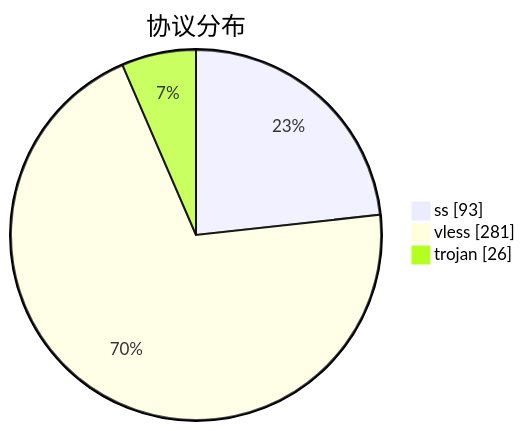
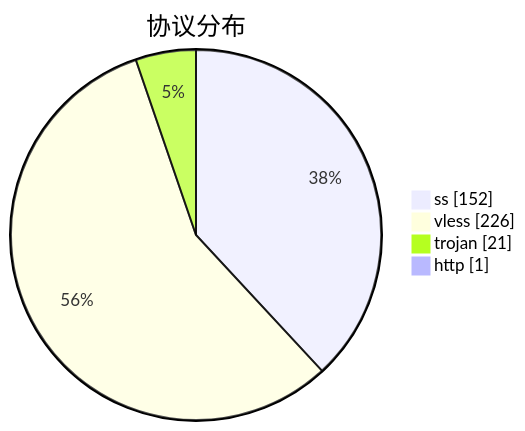
The third of 3 diagrams in subs/statistics/tested_within.md (qjlxg/airport), drawn with Mermaid before and after one commit. The commit also changed other lines of this file and 2 other files, not shown here.

````diff
--- a/subs/statistics/tested_within.md
+++ b/subs/statistics/tested_within.md
@@ -30,7 +34,8 @@
 ```mermaid
 pie showData
 title 协议分布
-"ss" : 93
-"vless" : 281
-"trojan" : 26
+"ss" : 152
+"vless" : 226
+"trojan" : 21
+"http" : 1
 ```
````
